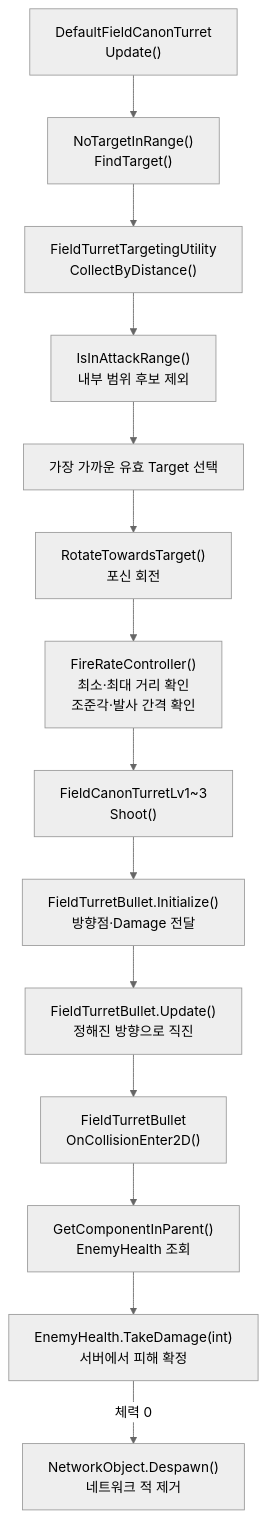
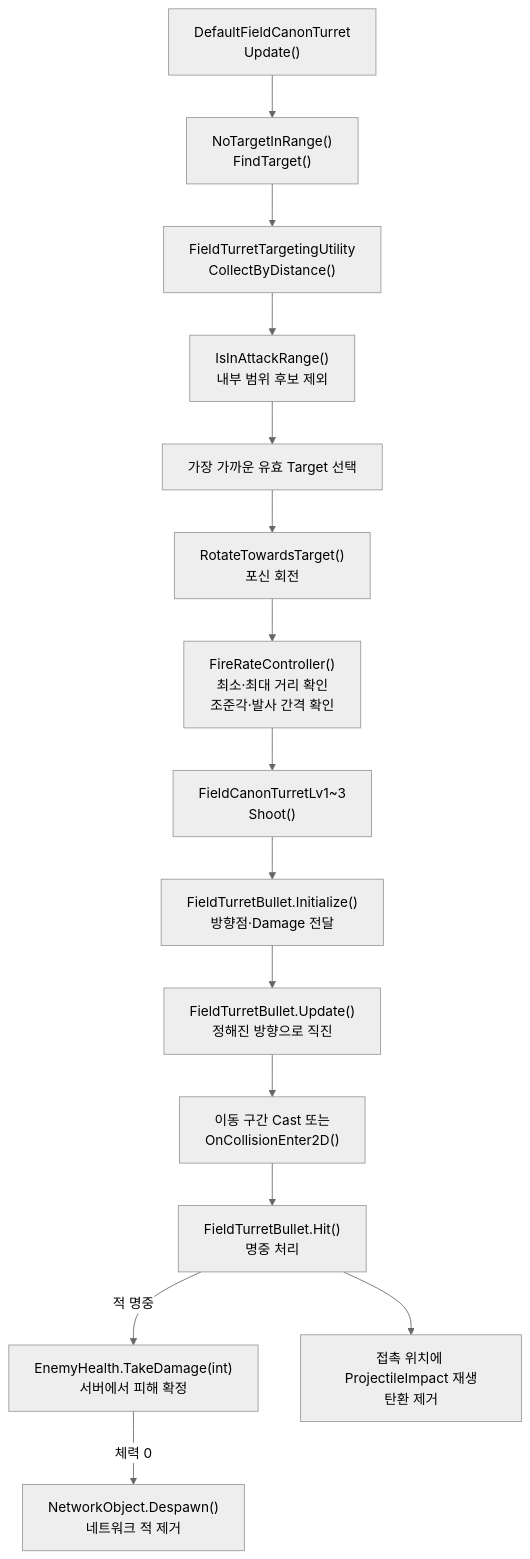
The ninth of 17 diagrams in Docs/02_architecture/07_turrets/turret-system-guide.md (Team-HJD-21/unity-6-the-developer), drawn with Mermaid (neutral theme) before and after one commit. The commit also changed other lines of this file and 3 other files, not shown here.

Commit message:
feat(turret): play impact effects on cannon hits

````diff
--- a/Docs/02_architecture/07_turrets/turret-system-guide.md
+++ b/Docs/02_architecture/07_turrets/turret-system-guide.md
@@ -442,16 +442,17 @@
 ```mermaid
 flowchart TD
     Update["DefaultFieldCanonTurret<br>Update()"] --> Search["NoTargetInRange()<br>FindTarget()"]
     Search --> Collect["FieldTurretTargetingUtility<br>CollectByDistance()"]
     Collect --> RangeCheck["IsInAttackRange()<br>내부 범위 후보 제외"]
     RangeCheck --> Target["가장 가까운 유효 Target 선택"]
     Target --> Rotate["RotateTowardsTarget()<br>포신 회전"]
     Rotate --> Fire["FireRateController()<br>최소·최대 거리 확인<br>조준각·발사 간격 확인"]
     Fire --> Shoot["FieldCanonTurretLv1~3<br>Shoot()"]
     Shoot --> Init["FieldTurretBullet.Initialize()<br>방향점·Damage 전달"]
     Init --> Move["FieldTurretBullet.Update()<br>정해진 방향으로 직진"]
-    Move --> Collision["FieldTurretBullet<br>OnCollisionEnter2D()"]
-    Collision --> Health["GetComponentInParent()<br>EnemyHealth 조회"]
-    Health --> Damage["EnemyHealth.TakeDamage(int)<br>서버에서 피해 확정"]
+    Move --> Collision["이동 구간 Cast 또는<br>OnCollisionEnter2D()"]
+    Collision --> Hit["FieldTurretBullet.Hit()<br>명중 처리"]
+    Hit -->|적 명중| Damage["EnemyHealth.TakeDamage(int)<br>서버에서 피해 확정"]
+    Hit --> Impact["접촉 위치에 ProjectileImpact 재생<br>탄환 제거"]
     Damage -->|체력 0| Die["NetworkObject.Despawn()<br>네트워크 적 제거"]
 ```
````
